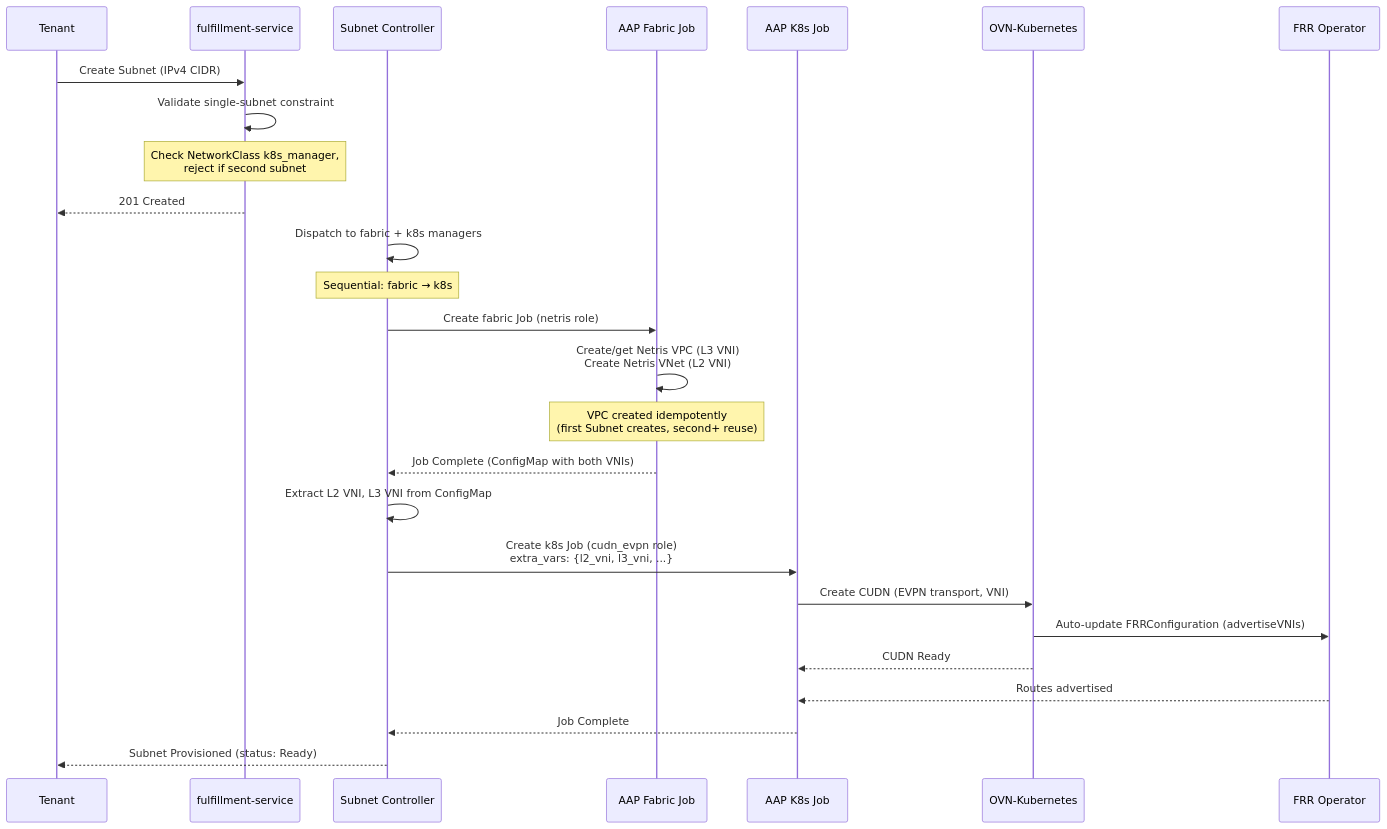
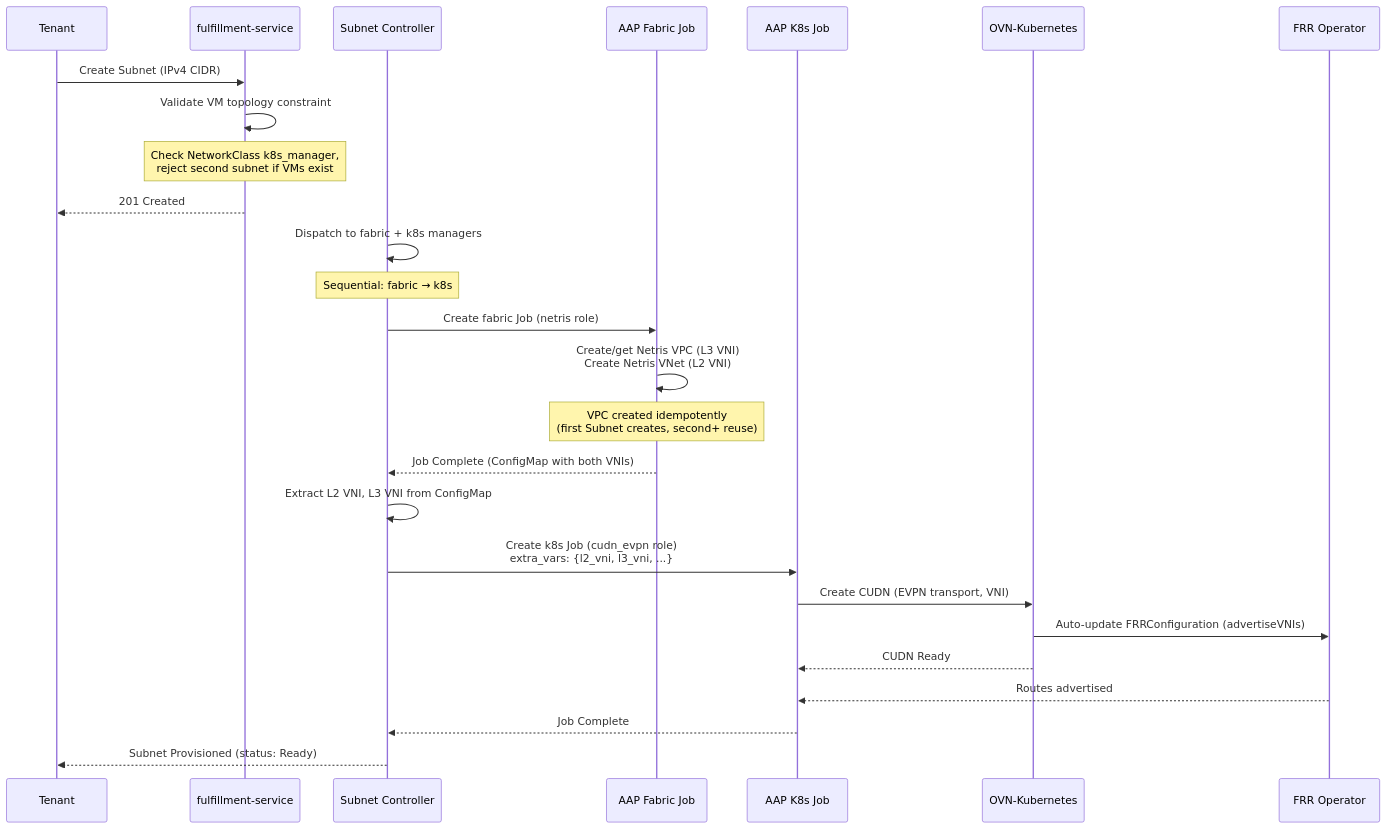
The diagram in enhancements/OSAC-4291-cudn-evpn-k8s-manager-phase-1-networking/design.md (innabox/enhancement-proposals), drawn with Mermaid before and after one commit. The commit also changed other lines of this file and 12 other files, not shown here.

````diff
--- a/enhancements/OSAC-4291-cudn-evpn-k8s-manager-phase-1-networking/design.md
+++ b/enhancements/OSAC-4291-cudn-evpn-k8s-manager-phase-1-networking/design.md
@@ -140,34 +139,34 @@
 ```mermaid
 sequenceDiagram
     participant Tenant
     participant API as fulfillment-service
     participant Controller as Subnet Controller
     participant AAP as AAP Fabric Job
     participant K8s as AAP K8s Job
     participant OVN as OVN-Kubernetes
     participant FRR as FRR Operator
 
     Tenant->>API: Create Subnet (IPv4 CIDR)
-    API->>API: Validate single-subnet constraint
-    Note over API: Check NetworkClass k8s_manager,<br/>reject if second subnet
+    API->>API: Validate VM topology constraint
+    Note over API: Check NetworkClass k8s_manager,<br/>reject second subnet if VMs exist
     API-->>Tenant: 201 Created
 
     Controller->>Controller: Dispatch to fabric + k8s managers
     Note over Controller: Sequential: fabric → k8s
 
     Controller->>AAP: Create fabric Job (netris role)
     AAP->>AAP: Create/get Netris VPC (L3 VNI)<br/>Create Netris VNet (L2 VNI)
     Note over AAP: VPC created idempotently<br/>(first Subnet creates, second+ reuse)
     AAP-->>Controller: Job Complete (ConfigMap with both VNIs)
 
     Controller->>Controller: Extract L2 VNI, L3 VNI from ConfigMap
     Controller->>K8s: Create k8s Job (cudn_evpn role)<br/>extra_vars: {l2_vni, l3_vni, ...}
 
     K8s->>OVN: Create CUDN (EVPN transport, VNI)
     OVN->>FRR: Auto-update FRRConfiguration (advertiseVNIs)
     OVN-->>K8s: CUDN Ready
     FRR-->>K8s: Routes advertised
     K8s-->>Controller: Job Complete
 
     Controller-->>Tenant: Subnet Provisioned (status: Ready)
 ```
````
